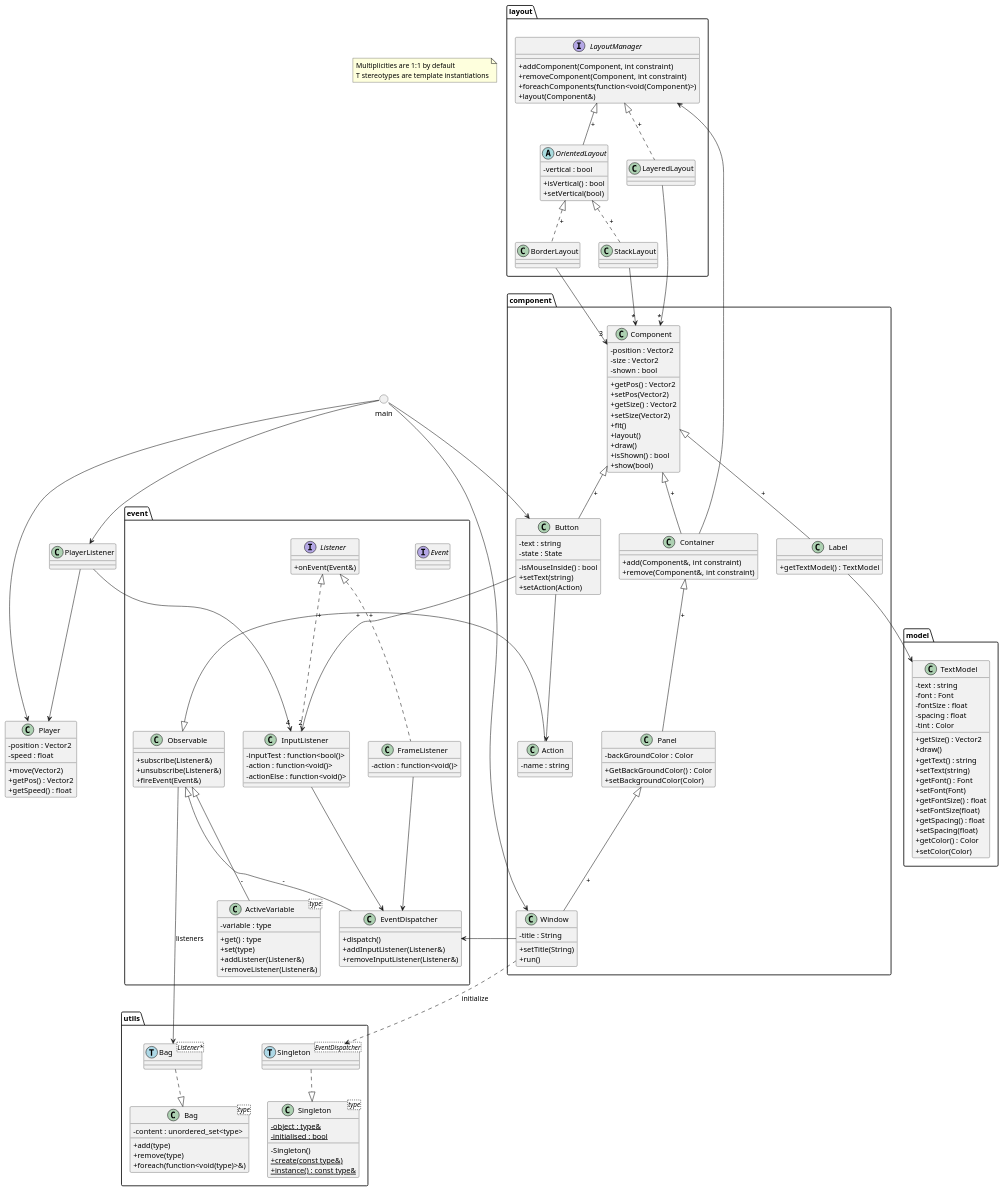
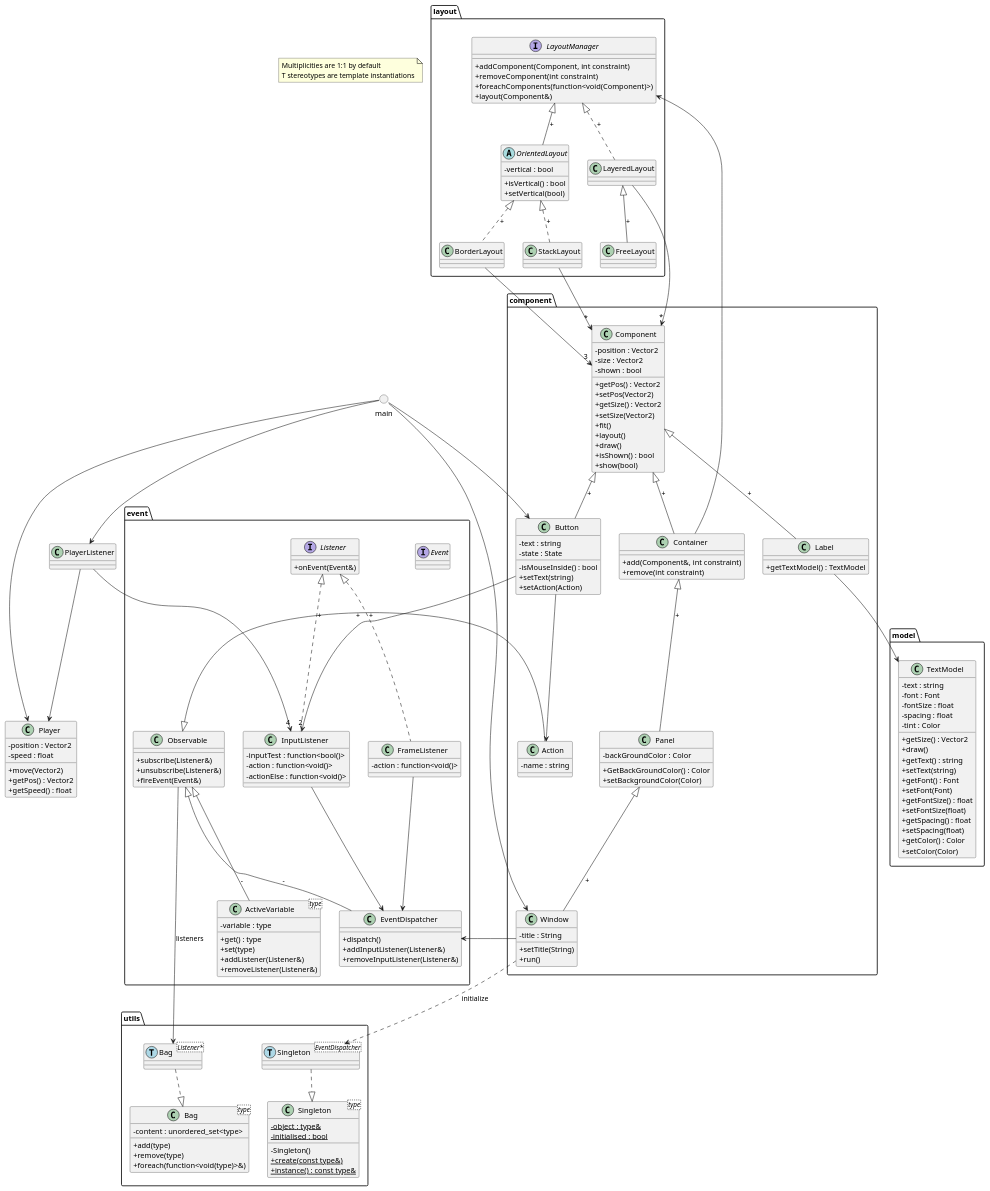
Before and after one commit to julesdupuis/CPP-UI-toolkit: the diagram in project.puml, drawn with PlantUML. The commit also changed 12 other files, not shown here.

Commit message:
implemented FreeLayout, removed Component parameter in LayoutManager::removeComponent

```diff
--- a/project.puml
+++ b/project.puml
@@ -113,7 +113,7 @@
     }
     class Container{
         +add(Component&, int constraint)
-        +remove(Component&, int constraint)
+        +remove(int constraint)
     }
     class Panel{
         -backGroundColor : Color
@@ -146,7 +146,7 @@
 package layout{
     interface LayoutManager{
         +addComponent(Component, int constraint)
-        +removeComponent(Component, int constraint)
+        +removeComponent(int constraint)
         +foreachComponents(function<void(Component)>)
         +layout(Component&)
     }
@@ -164,12 +164,16 @@
     class LayeredLayout{
 
     }
+    class FreeLayout{
+
+    }
 }
 
 LayoutManager <|-- OrientedLayout : +
 OrientedLayout <|.. BorderLayout : +
 OrientedLayout <|.. StackLayout : +
 LayoutManager <|.. LayeredLayout : +
+LayeredLayout <|-- FreeLayout : +
 
 Container --> LayoutManager
 BorderLayout --> "3" Component
```
